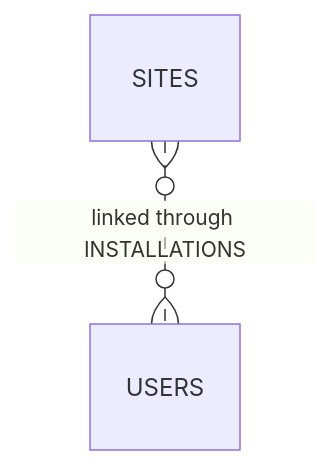
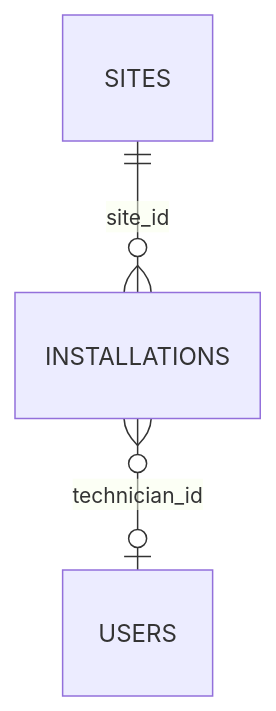
Before and after one commit to FlemingJohn/site-operation-dashboard: the second of 2 diagrams in docs/database.md, drawn with Mermaid. The commit also changed other lines of this file, not shown here.

Commit message:
docs: add detailed ER diagram and local database setup

````diff
--- a/docs/database.md
+++ b/docs/database.md
@@ -53,4 +98,5 @@
 ```mermaid
 erDiagram
-    SITES }o..o{ USERS : "linked through INSTALLATIONS"
+    SITES ||--o{ INSTALLATIONS : "site_id"
+    INSTALLATIONS }o--o| USERS : "technician_id"
 ```
````
